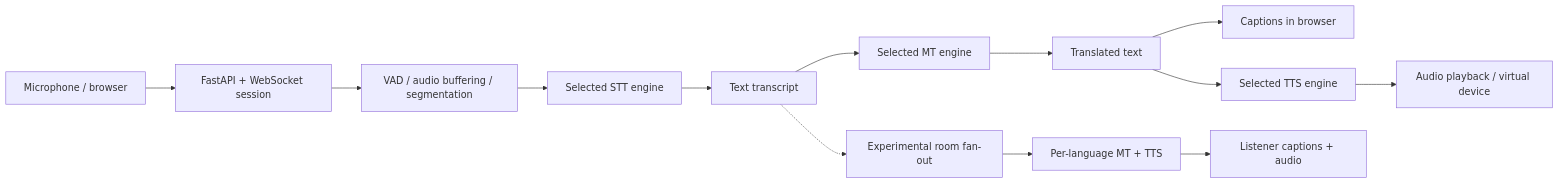
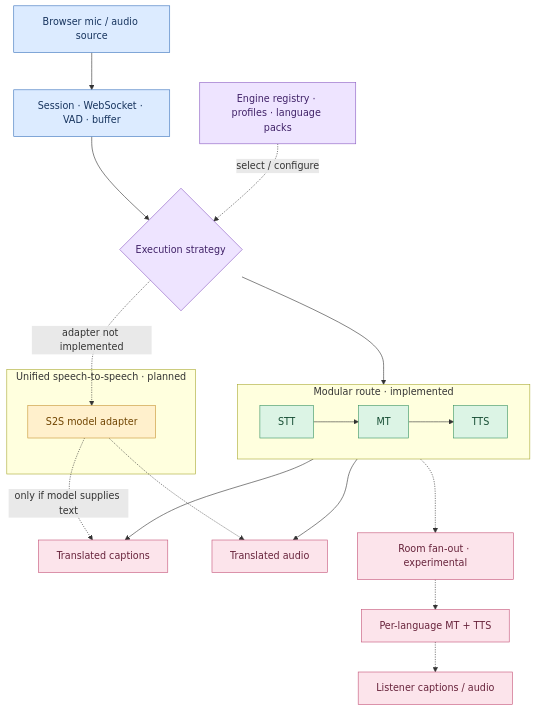
The diagram in README.md (brusnyak/bp), drawn with Mermaid before and after one commit. The commit also changed other lines of this file, not shown here.

Commit message:
docs: consolidate evidence-led README with color-coded modular and S2S architecture

````diff
--- a/README.md
+++ b/README.md
@@ -29,15 +29,37 @@
 ```mermaid
-flowchart LR
-    A["Microphone / browser"] --> B["FastAPI + WebSocket session"]
-    B --> C["VAD / audio buffering / segmentation"]
-    C --> D["Selected STT engine"]
-    D --> E["Text transcript"]
-    E --> F["Selected MT engine"]
-    F --> G["Translated text"]
-    G --> H["Captions in browser"]
-    G --> I["Selected TTS engine"]
-    I --> J["Audio playback / virtual device"]
-    E -.-> K["Experimental room fan-out"]
-    K --> L["Per-language MT + TTS"]
-    L --> M["Listener captions + audio"]
+flowchart TB
+    IN["Browser mic / audio source"] --> IO["Session · WebSocket · VAD · buffer"]
+    IO --> ROUTE{"Execution strategy"}
+    REG["Engine registry · profiles · language packs"] -. "select / configure" .-> ROUTE
+
+    subgraph MOD["Modular route · implemented"]
+        direction LR
+        STT["STT"] --> MT["MT"] --> TTS["TTS"]
+    end
+    subgraph UNI["Unified speech-to-speech · planned"]
+        S2S["S2S model adapter"]
+    end
+
+    ROUTE --> STT
+    ROUTE -. "adapter not implemented" .-> S2S
+    MT --> TXT["Translated captions"]
+    TTS --> AUDIO["Translated audio"]
+    S2S -.-> AUDIO
+    S2S -. "only if model supplies text" .-> TXT
+
+    STT -.-> ROOM["Room fan-out · experimental"]
+    ROOM -.-> PER["Per-language MT + TTS"]
+    PER -.-> USERS["Listener captions / audio"]
+
+    classDef source fill:#DCEBFF,stroke:#3B73BD,color:#17345E
+    classDef control fill:#EEE4FF,stroke:#8B5CC3,color:#402268
+    classDef active fill:#DCF4E5,stroke:#399363,color:#154C32
+    classDef future fill:#FFF0CC,stroke:#C79535,color:#704400
+    classDef output fill:#FCE4EB,stroke:#C55479,color:#67233B
+
+    class IN,IO source
+    class ROUTE,REG control
+    class STT,MT,TTS active
+    class S2S future
+    class TXT,AUDIO,ROOM,PER,USERS output
 ```
````
